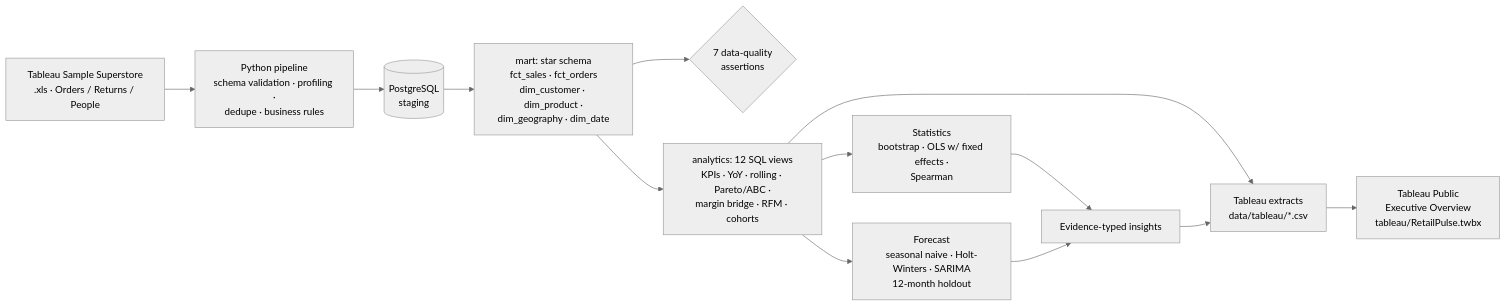
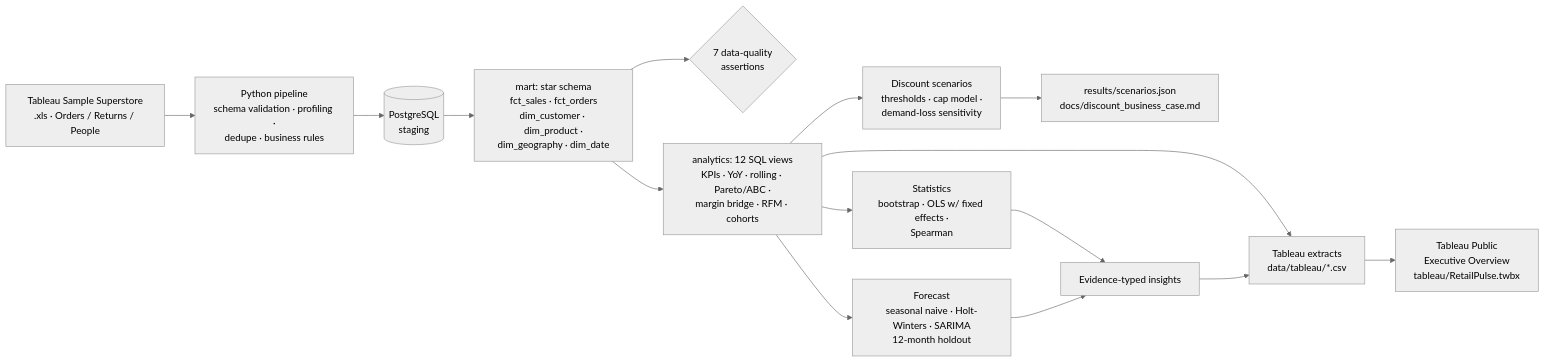
Before and after one commit to Nezz23/retailpulse: the diagram in README.md, drawn with Mermaid (neutral theme). The commit also changed other lines of this file and 9 other files, not shown here.

First line of the commit message:
Add discount optimization and what-if cap scenarios

````diff
--- a/README.md
+++ b/README.md
@@ -59,14 +83,16 @@
 ```mermaid
 flowchart LR
   SRC[Tableau Sample Superstore<br/>.xls · Orders / Returns / People] --> PY[Python pipeline<br/>schema validation · profiling ·<br/>dedupe · business rules]
   PY --> STG[(PostgreSQL<br/>staging)]
   STG --> MART[mart: star schema<br/>fct_sales · fct_orders<br/>dim_customer · dim_product ·<br/>dim_geography · dim_date]
   MART --> QC{7 data-quality<br/>assertions}
   MART --> V[analytics: 12 SQL views<br/>KPIs · YoY · rolling · Pareto/ABC ·<br/>margin bridge · RFM · cohorts]
   V --> ST[Statistics<br/>bootstrap · OLS w/ fixed effects ·<br/>Spearman]
+  V --> SC[Discount scenarios<br/>thresholds · cap model ·<br/>demand-loss sensitivity]
+  SC --> BC[results/scenarios.json<br/>docs/discount_business_case.md]
   V --> FC[Forecast<br/>seasonal naive · Holt-Winters · SARIMA<br/>12-month holdout]
   V --> EX[Tableau extracts<br/>data/tableau/*.csv]
   ST & FC --> INS[Evidence-typed insights]
   INS --> EX
   EX --> TAB[Tableau Public<br/>Executive Overview<br/>tableau/RetailPulse.twbx]
 ```
````
